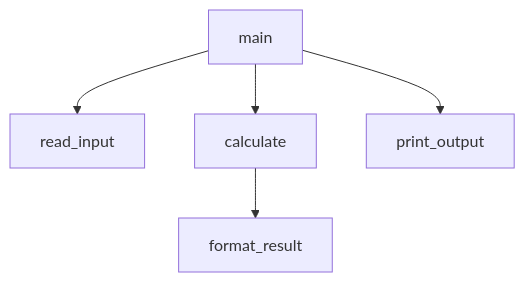
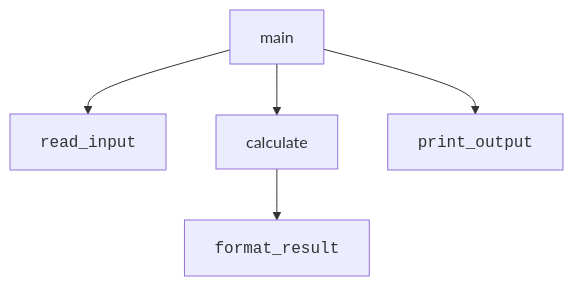
One commit to dataslope/dataslope changed the second of 2 diagrams in content/learn/java-programming-for-beginners/early-programming.mdx. Above: the diagram before and after it, drawn with Mermaid. The commit also changed 153 other files, not shown here.

First line of the commit message:
Render code-only mermaid shapes in monospace; convert step sequences to Steps

````diff
--- a/content/learn/java-programming-for-beginners/early-programming.mdx
+++ b/content/learn/java-programming-for-beginners/early-programming.mdx
@@ -64,7 +64,7 @@
 ```mermaid
 flowchart TD
-    Main[main] --> Read[read_input]
+    Main[main] --> Read["<code>read_input</code>"]
     Main --> Calc[calculate]
-    Calc --> Format[format_result]
-    Main --> Print[print_output]
+    Calc --> Format["<code>format_result</code>"]
+    Main --> Print["<code>print_output</code>"]
 ```
````
